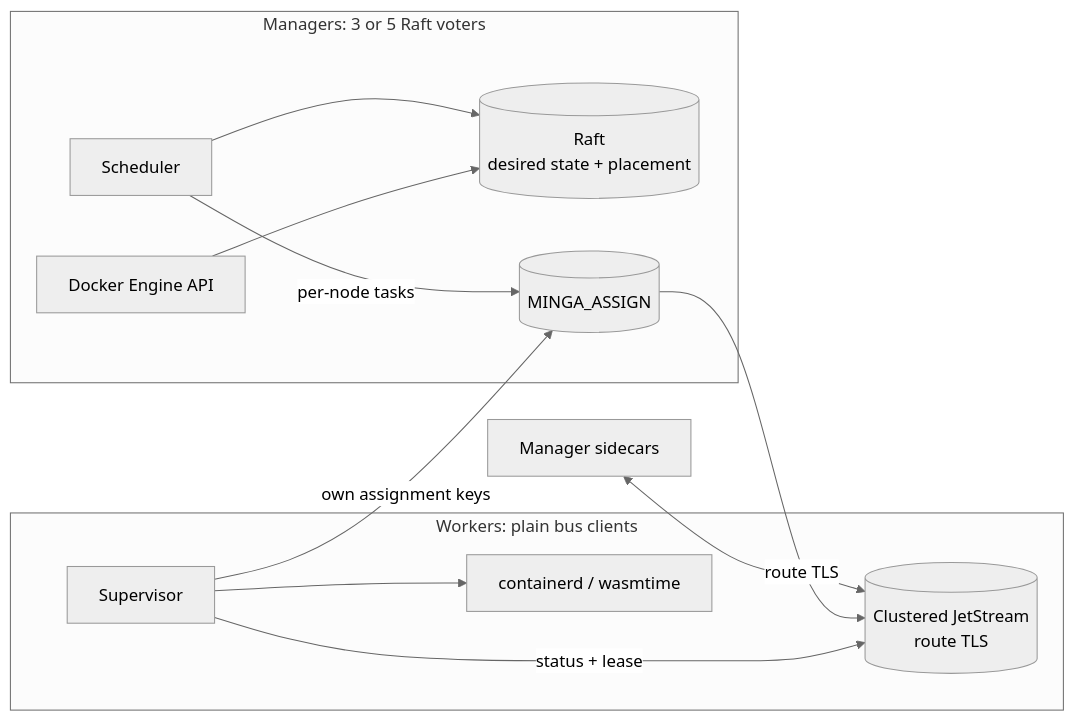
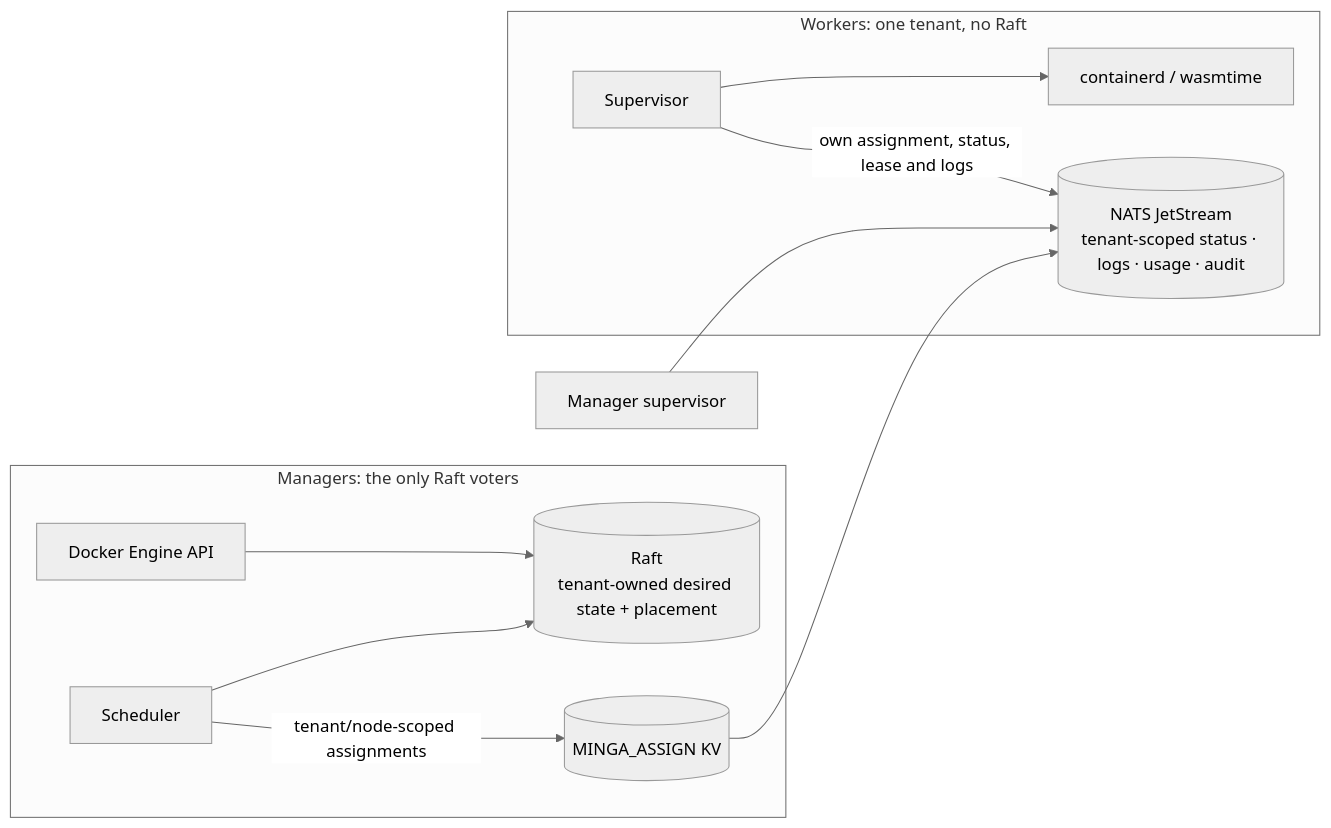
One commit to lithqube/minga changed the second of 2 diagrams in docs/architecture.md. Above: the diagram before and after it, drawn with Mermaid (neutral theme). The commit also changed other lines of this file and 11 other files, not shown here.

````diff
--- a/docs/architecture.md
+++ b/docs/architecture.md
@@ -73,16 +90,15 @@
 ```mermaid
 flowchart LR
-  subgraph managers["Managers: 3 or 5 Raft voters"]
-    API["Docker Engine API"] --> R[("Raft<br/>desired state + placement")]
+  subgraph managers["Managers: the only Raft voters"]
+    API["Docker Engine API"] --> R[("Raft<br/>tenant-owned desired state + placement")]
     S["Scheduler"] --> R
-    S -- per-node tasks --> A[("MINGA_ASSIGN")]
+    S -- tenant/node-scoped assignments --> A[("MINGA_ASSIGN KV")]
   end
-  J[("Clustered JetStream<br/>route TLS")]
-  subgraph workers["Workers: plain bus clients"]
+  J[("NATS JetStream<br/>tenant-scoped status · logs · usage · audit")]
+  M["Manager supervisor"] --> J
+  A --> J
+  subgraph workers["Workers: one tenant, no Raft"]
     W["Supervisor"] --> C["containerd / wasmtime"]
-    W -- own assignment keys --> A
-    W -- status + lease --> J
+    W -- own assignment, status, lease and logs --> J
   end
-  A --> J
-  M["Manager sidecars"] <-->|route TLS| J
 ```
````
